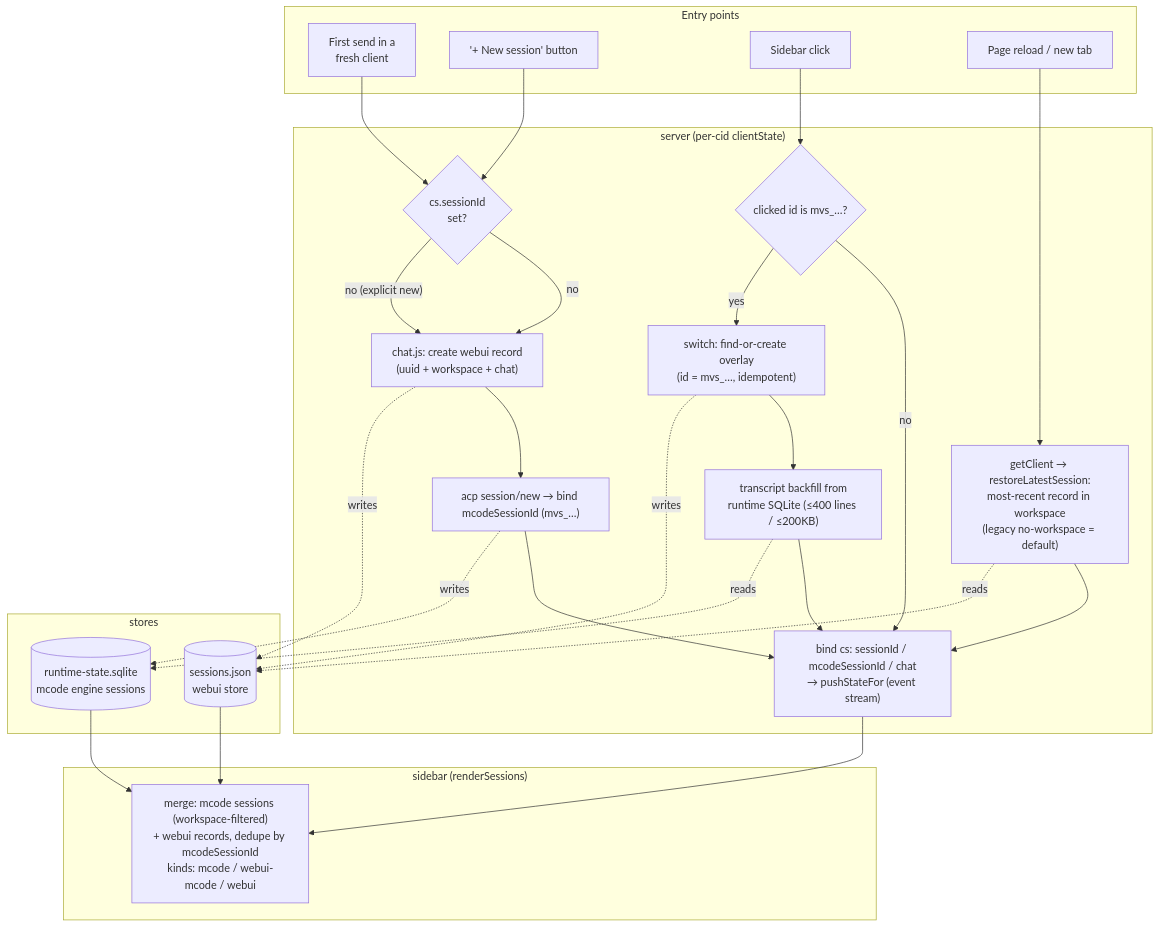
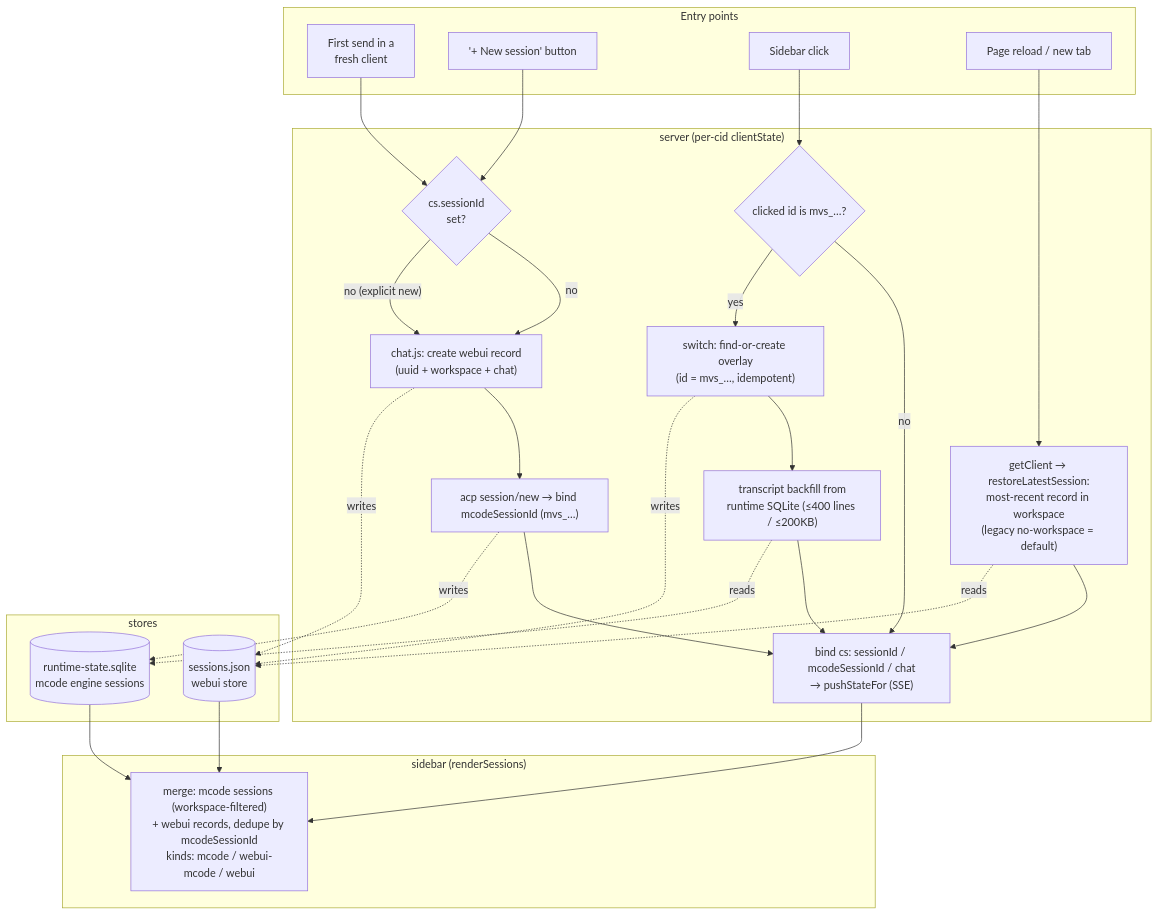
Before and after one commit to mcode-webui/minimax-code-web: the fourth of 4 diagrams in packages/webui/docs/ARCHITECTURE.md, drawn with Mermaid. The commit also changed other lines of this file and 352 other files, not shown here.

````diff
--- a/packages/webui/docs/ARCHITECTURE.md
+++ b/packages/webui/docs/ARCHITECTURE.md
@@ -257,46 +261,46 @@
 ```mermaid
 flowchart TD
     subgraph ENTRY["Entry points"]
         A1["First send in a<br/>fresh client"]
         A2["'+ New session' button"]
         A3["Sidebar click"]
         A4["Page reload / new tab"]
     end
 
     subgraph SERVER["server (per-cid clientState)"]
         B{"cs.sessionId<br/>set?"}
         C["chat.js: create webui record<br/>(uuid + workspace + chat)"]
         D["acp session/new → bind mcodeSessionId (mvs_…)"]
         E["getClient → restoreLatestSession:<br/>most-recent record in workspace<br/>(legacy no-workspace = default)"]
         F{"clicked id is mvs_…?"}
         G["switch: find-or-create overlay<br/>(id = mvs_…, idempotent)"]
         H["transcript backfill from<br/>runtime SQLite (≤400 lines / ≤200KB)"]
-        I["bind cs: sessionId / mcodeSessionId / chat<br/>→ pushStateFor (event stream)"]
+        I["bind cs: sessionId / mcodeSessionId / chat<br/>→ pushStateFor (SSE)"]
     end
 
     subgraph STORES["stores"]
         J[("sessions.json<br/>webui store")]
         K[("runtime-state.sqlite<br/>mcode engine sessions")]
     end
 
     subgraph SIDEBAR["sidebar (renderSessions)"]
         L["merge: mcode sessions (workspace-filtered)<br/>+ webui records, dedupe by mcodeSessionId<br/>kinds: mcode / webui-mcode / webui"]
     end
 
     A1 --> B
     B -- "no" --> C --> D --> I
     A2 --> B
     B -- "no (explicit new)" --> C
     A3 --> F
     F -- "no" --> I
     F -- "yes" --> G --> H --> I
     A4 --> E --> I
     C -.writes.-> J
     D -.writes.-> K
     E -.reads.-> J
     G -.writes.-> J
     H -.reads.-> K
     J --> L
     K --> L
     I --> L
 ```
````
